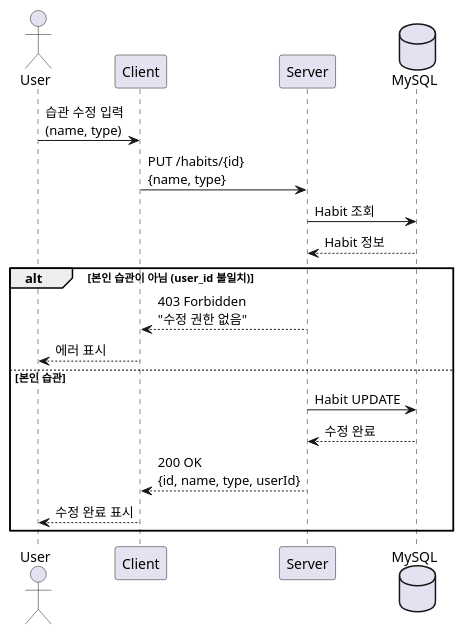
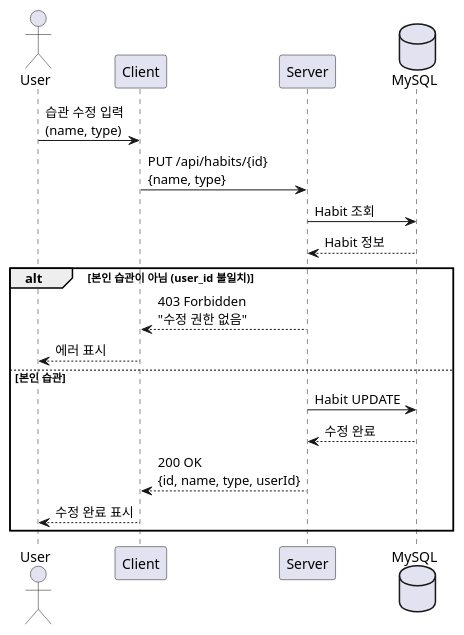
The seventh of 29 diagrams in docs/sequence-diagram.md (daily-one-page/daily-one-page-backend), drawn with PlantUML before and after one commit. The commit also changed other lines of this file and 38 other files, not shown here.

First line of the commit message:
docs: Sync API spec, ERD, Sequence Diagram and add Postman Collection

````diff
--- a/docs/sequence-diagram.md
+++ b/docs/sequence-diagram.md
@@ -185,24 +185,24 @@
 ```plantuml
 @startuml 커스텀 습관 수정
 actor User
 participant Client
 participant Server
 database MySQL
 
 User -> Client: 습관 수정 입력\n(name, type)
-Client -> Server: PUT /habits/{id}\n{name, type}
+Client -> Server: PUT /api/habits/{id}\n{name, type}
 Server -> MySQL: Habit 조회
 MySQL --> Server: Habit 정보
 
 alt 본인 습관이 아님 (user_id 불일치)
     Server --> Client: 403 Forbidden\n"수정 권한 없음"
     Client --> User: 에러 표시
 else 본인 습관
     Server -> MySQL: Habit UPDATE
     MySQL --> Server: 수정 완료
     Server --> Client: 200 OK\n{id, name, type, userId}
     Client --> User: 수정 완료 표시
 end
 
 @enduml
 ```
````
